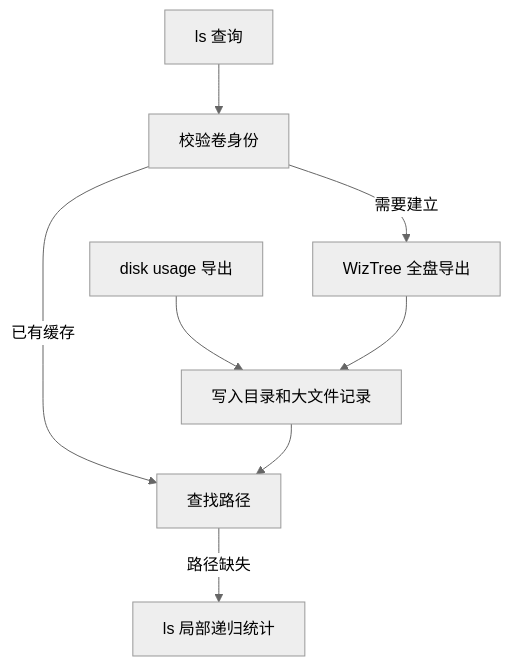
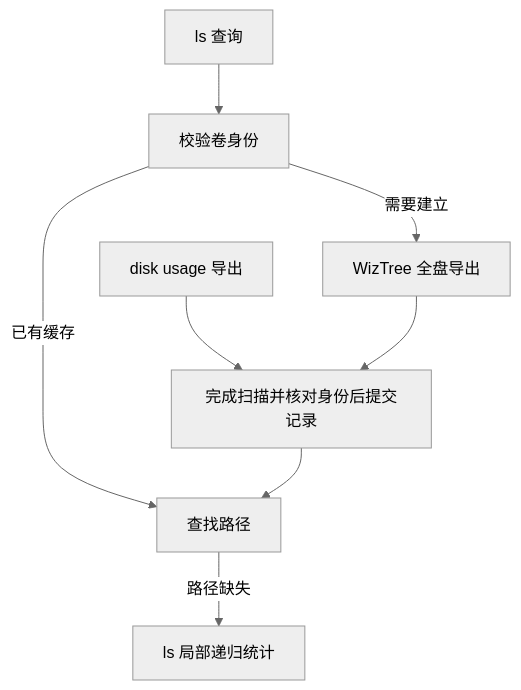
One commit to SCAU-CST/cst-pilot changed the diagram in doc/tool/wz-index.md. Above: the diagram before and after it, drawn with Mermaid (neutral theme). The commit also changed other lines of this file and 9 other files, not shown here.

````diff
--- a/doc/tool/wz-index.md
+++ b/doc/tool/wz-index.md
@@ -21,10 +21,10 @@
 ```mermaid
 flowchart TD
-    A[disk usage 导出] --> B[写入目录和大文件记录]
+    A[disk usage 导出] --> B[完成扫描并核对身份后提交记录]
     C[ls 查询] --> D[校验卷身份]
     D -->|已有缓存| E[查找路径]
     D -->|需要建立| F[WizTree 全盘导出]
     F --> B
     B --> E
     E -->|路径缺失| G[ls 局部递归统计]
 ```
````
